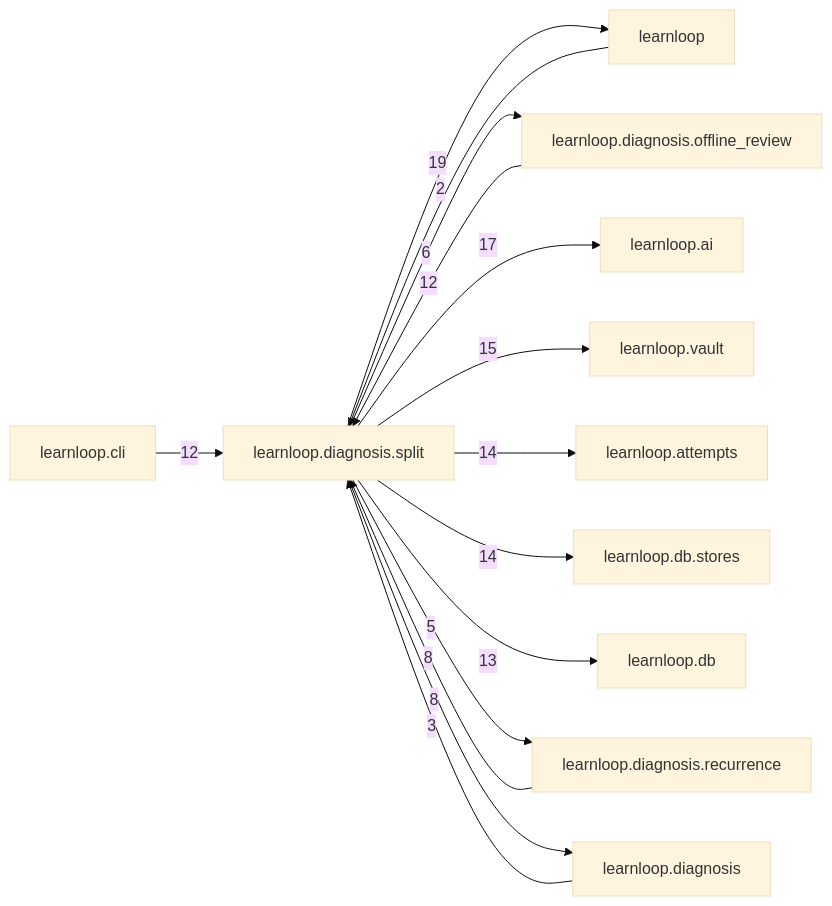
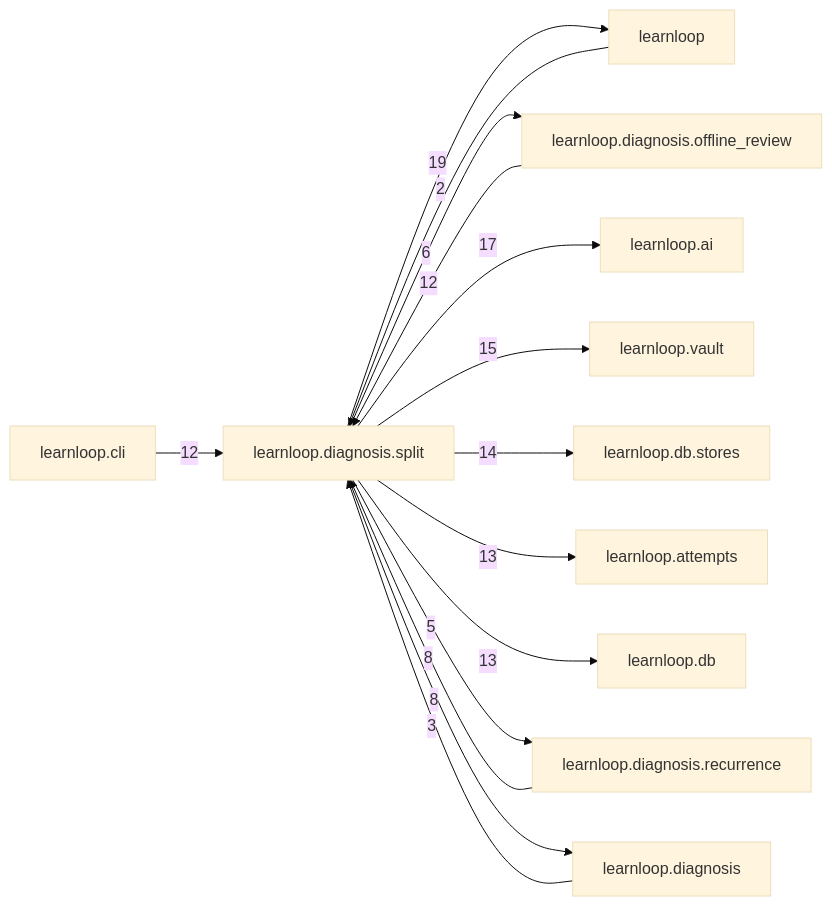
Before and after one commit to 6up-b/learnanything: the diagram in docs/learnloop-architecture-vault/Reference/Modules/learnloop/diagnosis/split/_package.md, drawn with Mermaid (base theme). The commit also changed other lines of this file and 137 other files, not shown here.

````diff
--- a/docs/learnloop-architecture-vault/Reference/Modules/learnloop/diagnosis/split/_package.md
+++ b/docs/learnloop-architecture-vault/Reference/Modules/learnloop/diagnosis/split/_package.md
@@ -121,28 +121,28 @@
 ```mermaid
 flowchart LR
     center["learnloop.diagnosis.split"]
     n_learnloop["learnloop"]
     n_learnloop_diagnosis_offline_review["learnloop.diagnosis.offline_review"]
     n_learnloop_ai["learnloop.ai"]
     n_learnloop_vault["learnloop.vault"]
+    n_learnloop_db_stores["learnloop.db.stores"]
     n_learnloop_attempts["learnloop.attempts"]
-    n_learnloop_db_stores["learnloop.db.stores"]
     n_learnloop_db["learnloop.db"]
     n_learnloop_diagnosis_recurrence["learnloop.diagnosis.recurrence"]
     n_learnloop_cli["learnloop.cli"]
     n_learnloop_diagnosis["learnloop.diagnosis"]
     n_learnloop -->|2| center
     center -->|19| n_learnloop
     n_learnloop_diagnosis_offline_review -->|12| center
     center -->|6| n_learnloop_diagnosis_offline_review
     center -->|17| n_learnloop_ai
     center -->|15| n_learnloop_vault
-    center -->|14| n_learnloop_attempts
     center -->|14| n_learnloop_db_stores
+    center -->|13| n_learnloop_attempts
     center -->|13| n_learnloop_db
     n_learnloop_diagnosis_recurrence -->|8| center
     center -->|5| n_learnloop_diagnosis_recurrence
     n_learnloop_cli -->|12| center
     n_learnloop_diagnosis -->|3| center
     center -->|8| n_learnloop_diagnosis
 ```
````
